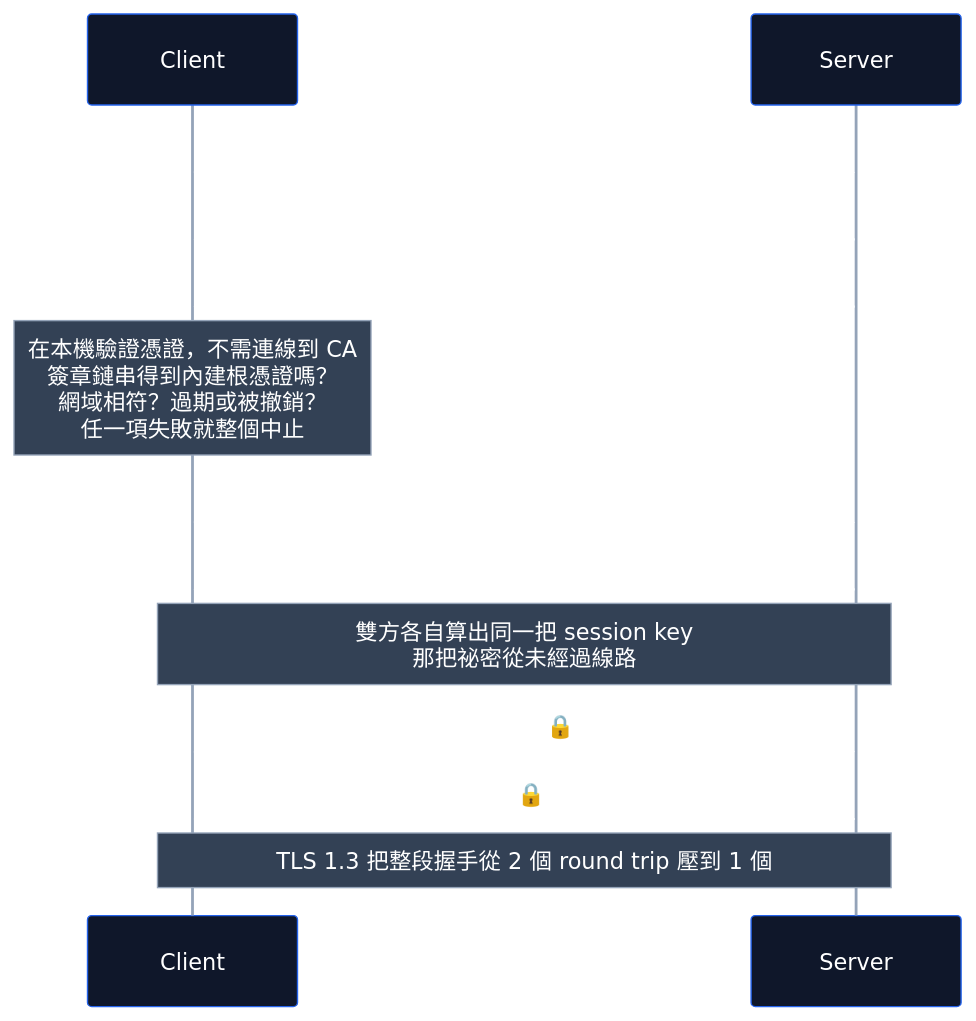
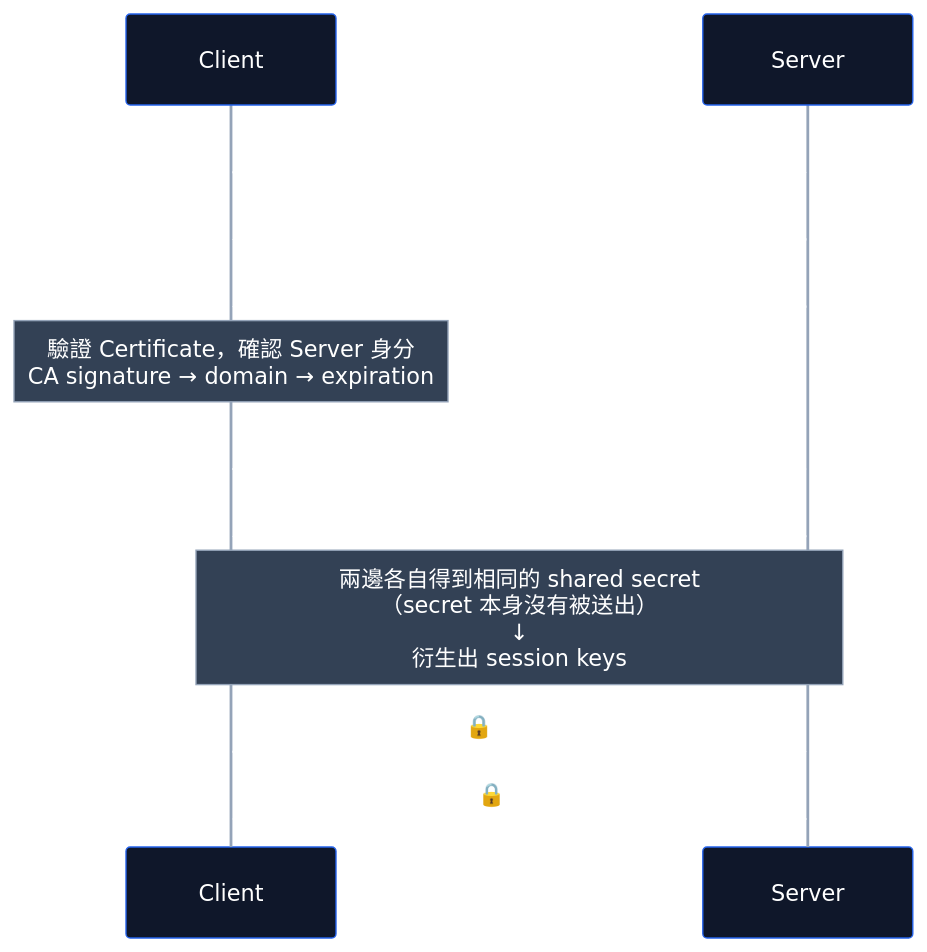
One commit to r97221004/BK-interview changed the first of 2 diagrams in docs/security-and-auth/q29-how-https-works.md. Above: the diagram before and after it, drawn with Mermaid. The commit also changed other lines of this file and 5 other files, not shown here.

First line of the commit message:
Q29: separate authenticating the server from agreeing the key

````diff
--- a/docs/security-and-auth/q29-how-https-works.md
+++ b/docs/security-and-auth/q29-how-https-works.md
@@ -61,39 +55,38 @@
 ```mermaid
 ---
 config:
   look: handDrawn
   theme: default
   themeVariables:
     fontFamily: '"Comic Sans MS", "Comic Sans", "Segoe Print", "Bradley Hand", cursive'
     lineColor: '#FFFFFF'
     edgeLabelBackground: '#475569'
     actorBkg: '#0F172A'
     actorBorder: '#2563EB'
     actorTextColor: '#FFFFFF'
     actorLineColor: '#94A3B8'
     signalColor: '#FFFFFF'
     signalTextColor: '#FFFFFF'
     labelBoxBkgColor: '#D97706'
     labelBoxBorderColor: '#92400E'
     labelTextColor: '#FFFFFF'
     noteBkgColor: '#334155'
     noteBorderColor: '#94A3B8'
     noteTextColor: '#FFFFFF'
   themeCSS: |
     .edgeLabel, .edgeLabel p, .edgeLabel span { color: #FFFFFF !important; }
 ---
 sequenceDiagram
     participant C as Client
     participant S as Server
 
-    C->>S: ClientHello：支援的 TLS 版本、cipher suites、隨機數
-    S-->>C: ServerHello：選定的套件、隨機數
-    S-->>C: 憑證：公鑰 + 網域，帶 CA 簽名
-    Note over C: 在本機驗證憑證，不需連線到 CA<br/>簽章鏈串得到內建根憑證嗎？<br/>網域相符？過期或被撤銷？<br/>任一項失敗就整個中止
+    C->>S: Client Hello
+    S-->>C: Server Hello
+    S-->>C: Certificate
+    Note over C: 驗證 Certificate，確認 Server 身分<br/>CA signature → domain → expiration
     C->>S: ECDHE 公開值
     S-->>C: ECDHE 公開值
-    Note over C,S: 雙方各自算出同一把 session key<br/>那把祕密從未經過線路
-    C->>S: GET /account　🔒 對稱加密
-    S-->>C: 200 OK　🔒 對稱加密
-    Note over C,S: TLS 1.3 把整段握手從 2 個 round trip 壓到 1 個
+    Note over C,S: 兩邊各自得到相同的 shared secret<br/>（secret 本身沒有被送出）<br/>↓<br/>衍生出 session keys
+    C->>S: HTTP Request　🔒 Symmetric Encryption
+    S-->>C: HTTP Response　🔒 Symmetric Encryption
 ```
````
